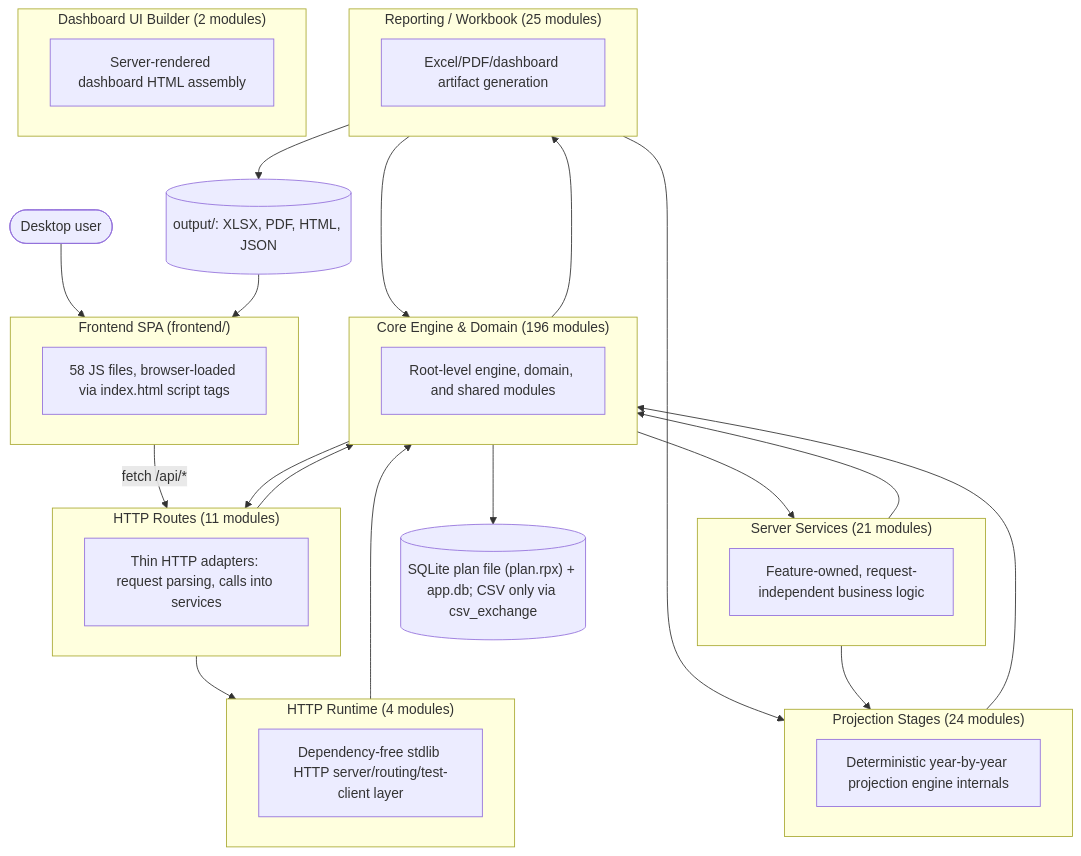
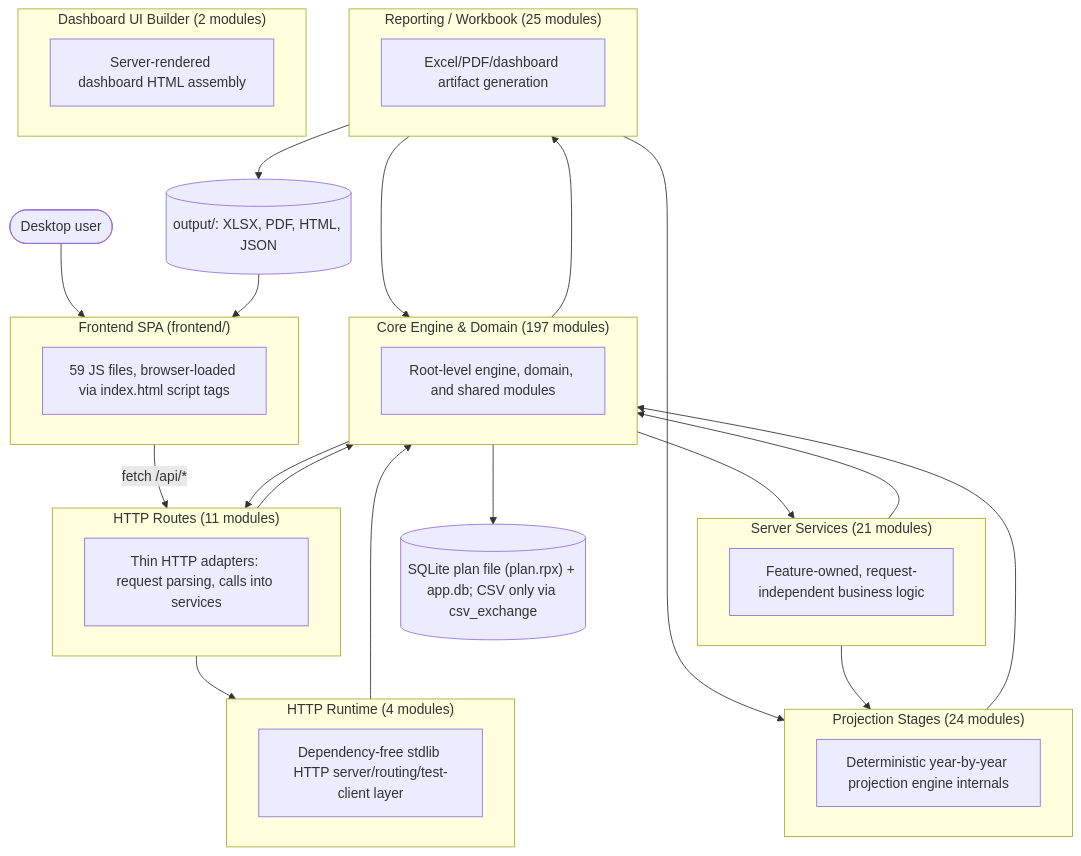
Before and after one commit to matthartzman/retirement_system: the first of 2 diagrams in documentation/reference/SYSTEM_ARCHITECTURE_DIAGRAM.md, drawn with Mermaid. The commit also changed other lines of this file and 15 other files, not shown here.

````diff
--- a/documentation/reference/SYSTEM_ARCHITECTURE_DIAGRAM.md
+++ b/documentation/reference/SYSTEM_ARCHITECTURE_DIAGRAM.md
@@ -11,43 +11,43 @@
 ```mermaid
 flowchart TB
     User(["Desktop user"]) --> FE
     subgraph FE["Frontend SPA (frontend/)"]
-        FEcount["58 JS files, browser-loaded via index.html script tags"]
+        FEcount["59 JS files, browser-loaded via index.html script tags"]
     end
     FE -->|fetch /api/*| L_HTTP_Routes
     subgraph L_HTTP_Routes["HTTP Routes (11 modules)"]
         L_HTTP_Routes_d["Thin HTTP adapters: request parsing, calls into services"]
     end
     subgraph L_Server_Services["Server Services (21 modules)"]
         L_Server_Services_d["Feature-owned, request-independent business logic"]
     end
     subgraph L_HTTP_Runtime["HTTP Runtime (4 modules)"]
         L_HTTP_Runtime_d["Dependency-free stdlib HTTP server/routing/test-client layer"]
     end
-    subgraph L_Core_Engine___Domain["Core Engine & Domain (196 modules)"]
+    subgraph L_Core_Engine___Domain["Core Engine & Domain (197 modules)"]
         L_Core_Engine___Domain_d["Root-level engine, domain, and shared modules"]
     end
     subgraph L_Projection_Stages["Projection Stages (24 modules)"]
         L_Projection_Stages_d["Deterministic year-by-year projection engine internals"]
     end
     subgraph L_Reporting___Workbook["Reporting / Workbook (25 modules)"]
         L_Reporting___Workbook_d["Excel/PDF/dashboard artifact generation"]
     end
     subgraph L_Dashboard_UI_Builder["Dashboard UI Builder (2 modules)"]
         L_Dashboard_UI_Builder_d["Server-rendered dashboard HTML assembly"]
     end
     L_Core_Engine___Domain --> L_HTTP_Routes
     L_Core_Engine___Domain --> L_Reporting___Workbook
     L_Core_Engine___Domain --> L_Server_Services
     L_HTTP_Routes --> L_Core_Engine___Domain
     L_HTTP_Routes --> L_HTTP_Runtime
     L_HTTP_Runtime --> L_Core_Engine___Domain
     L_Projection_Stages --> L_Core_Engine___Domain
     L_Reporting___Workbook --> L_Core_Engine___Domain
     L_Reporting___Workbook --> L_Projection_Stages
     L_Server_Services --> L_Core_Engine___Domain
     L_Server_Services --> L_Projection_Stages
     L_Core_Engine___Domain --> DB[("SQLite plan file (plan.rpx) + app.db; CSV only via csv_exchange")]
     L_Reporting___Workbook --> Outputs[("output/: XLSX, PDF, HTML, JSON")]
     Outputs --> FE
 ```
````
